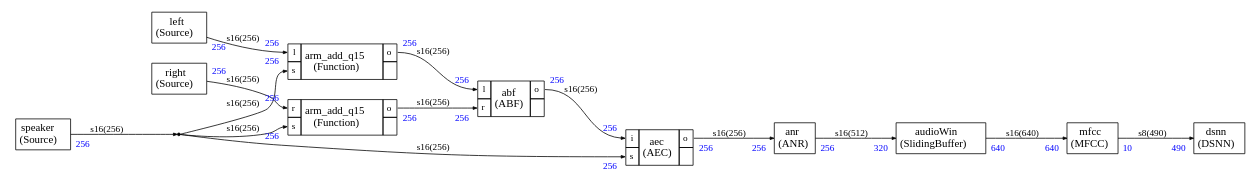
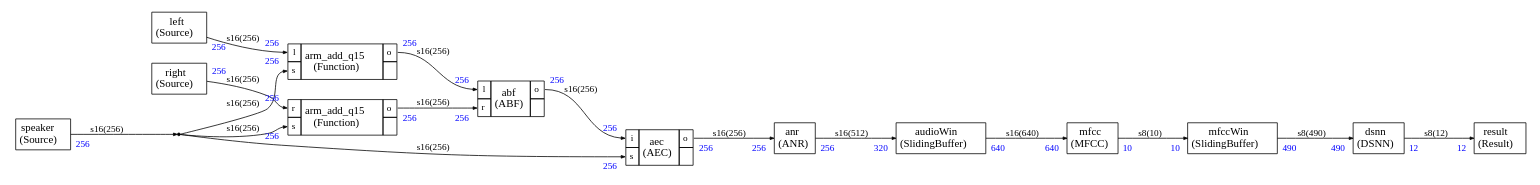
Before and after one commit to christophe0606/audiomark: the diagram in src/cmsis_stream/audiomark.dot, drawn with Graphviz. The commit also changed 32 other files, not shown here.

```diff
--- a/src/cmsis_stream/audiomark.dot
+++ b/src/cmsis_stream/audiomark.dot
@@ -110,6 +110,20 @@
   </TR>
 </TABLE>>];
 
+mfccWin [label=<
+<TABLE color="black" bgcolor="none" BORDER="0" CELLBORDER="1" CELLSPACING="0" CELLPADDING="4">
+  <TR>
+    <TD ALIGN="CENTER" PORT="i"><FONT COLOR="black" POINT-SIZE="14.0">mfccWin<BR/>(SlidingBuffer)</FONT></TD>
+  </TR>
+</TABLE>>];
+
+result [label=<
+<TABLE color="black" bgcolor="none" BORDER="0" CELLBORDER="1" CELLSPACING="0" CELLPADDING="4">
+  <TR>
+    <TD ALIGN="CENTER" PORT="i"><FONT COLOR="black" POINT-SIZE="14.0">result<BR/>(Result)</FONT></TD>
+  </TR>
+</TABLE>>];
+
 right [label=<
 <TABLE color="black" bgcolor="none" BORDER="0" CELLBORDER="1" CELLSPACING="0" CELLPADDING="4">
   <TR>
@@ -174,10 +188,22 @@
 ,taillabel=<<TABLE BORDER="0" CELLPADDING="4"><TR><TD><FONT COLOR="blue" POINT-SIZE="12.0" >640</FONT>
 </TD></TR></TABLE>>]
 
-mfcc:i -> dsnn:i [style="solid",color="black",fontsize="12.0",fontcolor="black",label=<s8(490)>
+mfcc:i -> mfccWin:i [style="solid",color="black",fontsize="12.0",fontcolor="black",label=<s8(10)>
+,headlabel=<<TABLE BORDER="0" CELLPADDING="4"><TR><TD><FONT COLOR="blue" POINT-SIZE="12.0" >10</FONT>
+</TD></TR></TABLE>>
+,taillabel=<<TABLE BORDER="0" CELLPADDING="4"><TR><TD><FONT COLOR="blue" POINT-SIZE="12.0" >10</FONT>
+</TD></TR></TABLE>>]
+
+mfccWin:i -> dsnn:i [style="solid",color="black",fontsize="12.0",fontcolor="black",label=<s8(490)>
 ,headlabel=<<TABLE BORDER="0" CELLPADDING="4"><TR><TD><FONT COLOR="blue" POINT-SIZE="12.0" >490</FONT>
 </TD></TR></TABLE>>
-,taillabel=<<TABLE BORDER="0" CELLPADDING="4"><TR><TD><FONT COLOR="blue" POINT-SIZE="12.0" >10</FONT>
+,taillabel=<<TABLE BORDER="0" CELLPADDING="4"><TR><TD><FONT COLOR="blue" POINT-SIZE="12.0" >490</FONT>
+</TD></TR></TABLE>>]
+
+dsnn:i -> result:i [style="solid",color="black",fontsize="12.0",fontcolor="black",label=<s8(12)>
+,headlabel=<<TABLE BORDER="0" CELLPADDING="4"><TR><TD><FONT COLOR="blue" POINT-SIZE="12.0" >12</FONT>
+</TD></TR></TABLE>>
+,taillabel=<<TABLE BORDER="0" CELLPADDING="4"><TR><TD><FONT COLOR="blue" POINT-SIZE="12.0" >12</FONT>
 </TD></TR></TABLE>>]
 
 speaker:i ->  
```
